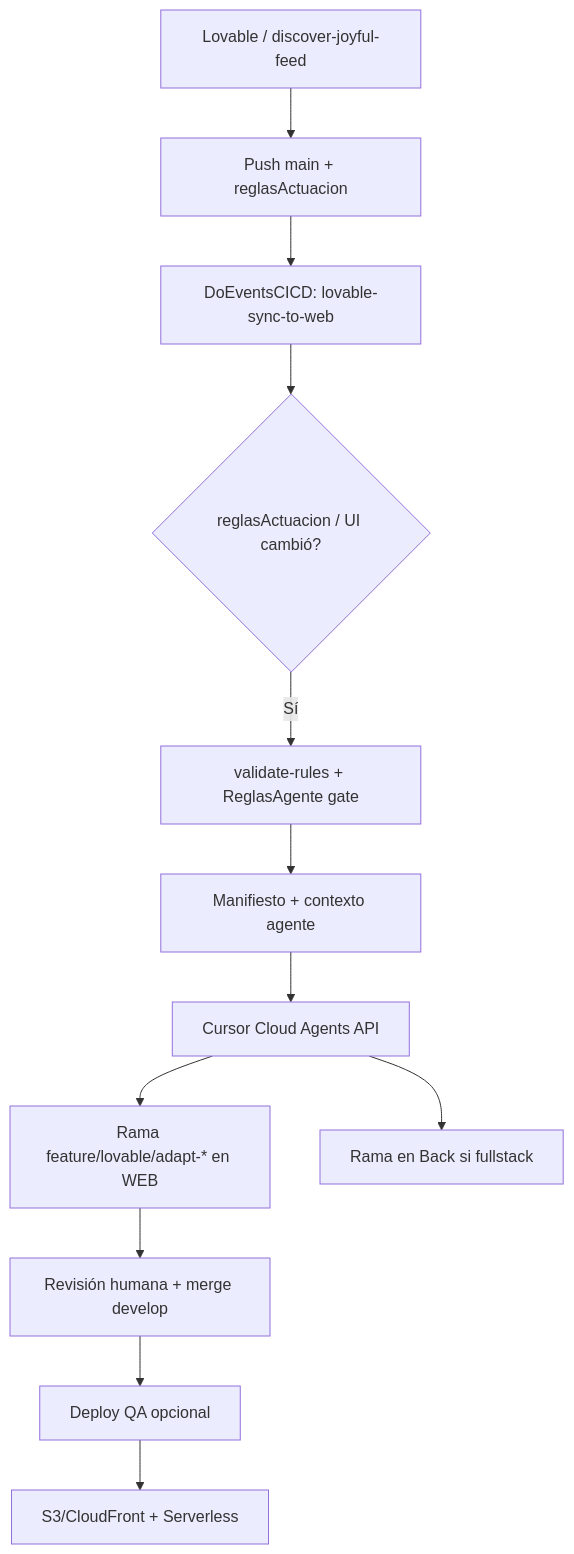
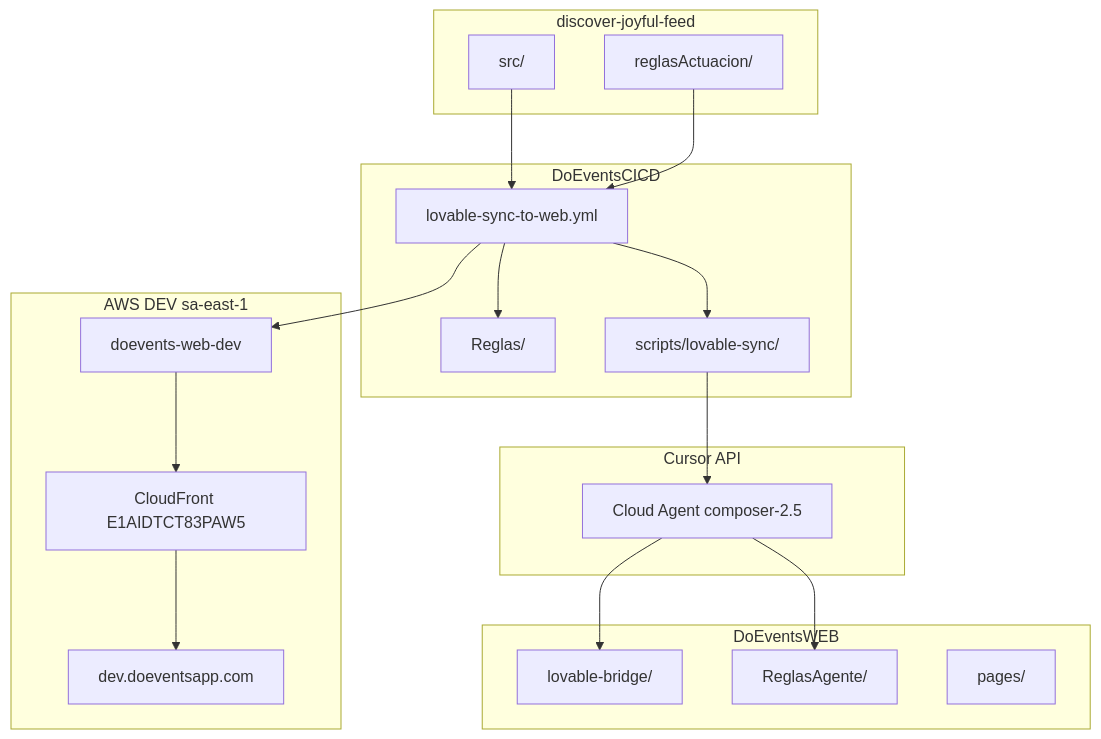
One commit to doeventsrepo/DoEventsCICD changed the diagram in docs/ARQUITECTURA.md. Above: the diagram before and after it, drawn with Mermaid. The commit also changed other lines of this file and 29 other files, not shown here.

First line of the commit message:
Refactor Reglas/, documentacion CICD y fix deploy DEV.

````diff
--- a/docs/ARQUITECTURA.md
+++ b/docs/ARQUITECTURA.md
@@ -7,14 +182,40 @@
 ```mermaid
-flowchart TD
-    A[Lovable / discover-joyful-feed] --> B[Push main + reglasActuacion]
-    B --> C[DoEventsCICD: lovable-sync-to-web]
-    C --> D{reglasActuacion / UI cambió?}
-    D -->|Sí| E[validate-rules + ReglasAgente gate]
-    E --> F[Manifiesto + contexto agente]
-    F --> G[Cursor Cloud Agents API]
-    G --> H[Rama feature/lovable/adapt-* en WEB]
-    G --> I[Rama en Back si fullstack]
-    H --> J[Revisión humana + merge develop]
-    J --> K[Deploy QA opcional]
-    K --> L[S3/CloudFront + Serverless]
+flowchart TB
+    subgraph Design["discover-joyful-feed"]
+        SRC[src/]
+        RA[reglasActuacion/]
+    end
+
+    subgraph CICD["DoEventsCICD"]
+        WF[lovable-sync-to-web.yml]
+        REG[Reglas/]
+        SCR[scripts/lovable-sync/]
+    end
+
+    subgraph Agent["Cursor API"]
+        CA[Cloud Agent composer-2.5]
+    end
+
+    subgraph WEB["DoEventsWEB"]
+        BR[lovable-bridge/]
+        RAG[ReglasAgente/]
+        PAGES[pages/]
+    end
+
+    subgraph AWS["AWS DEV sa-east-1"]
+        S3[doevents-web-dev]
+        CF[CloudFront E1AIDTCT83PAW5]
+        DOM[dev.doeventsapp.com]
+    end
+
+    SRC --> WF
+    RA --> WF
+    WF --> REG
+    WF --> SCR
+    SCR --> CA
+    CA --> BR
+    CA --> RAG
+    WF --> S3
+    S3 --> CF
+    CF --> DOM
 ```
````
